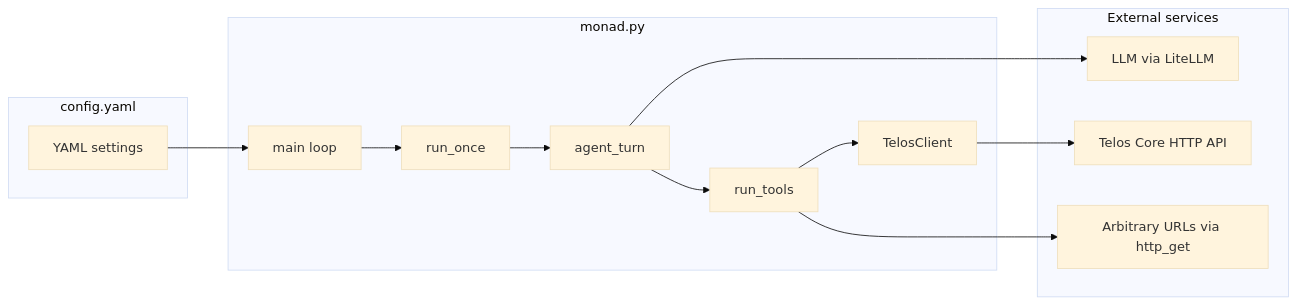
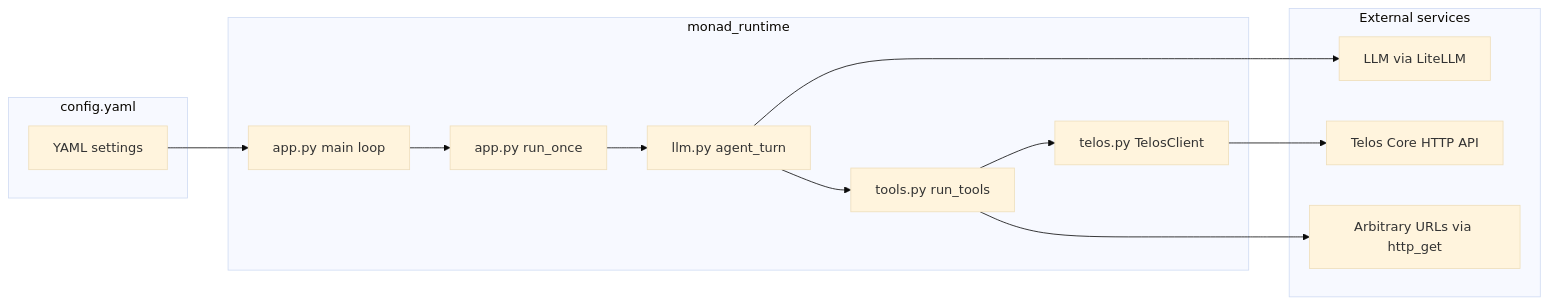
Before and after one commit to lucyomgggg/monad-template: the diagram in ARCHITECTURE.md, drawn with Mermaid (base theme). The commit also changed other lines of this file and 8 other files, not shown here.

Commit message:
chore: sync monad-template (runtime and config)

````diff
--- a/ARCHITECTURE.md
+++ b/ARCHITECTURE.md
@@ -21,26 +21,26 @@
 ```mermaid
 flowchart LR
   subgraph config [config.yaml]
     Y[YAML settings]
   end
-  subgraph monad [monad.py]
-    M[main loop]
-    R[run_once]
-    A[agent_turn]
-    T[TelosClient]
-    D[run_tools]
+  subgraph monad [monad_runtime]
+    M[app.py main loop]
+    R[app.py run_once]
+    A[llm.py agent_turn]
+    T[telos.py TelosClient]
+    D[tools.py run_tools]
   end
   subgraph external [External services]
     L[LLM via LiteLLM]
     Telos[Telos Core HTTP API]
     Web[Arbitrary URLs via http_get]
   end
   Y --> M
   M --> R
   R --> A
   A --> L
   A --> D
   D --> T
   D --> Web
   T --> Telos
 ```
````
